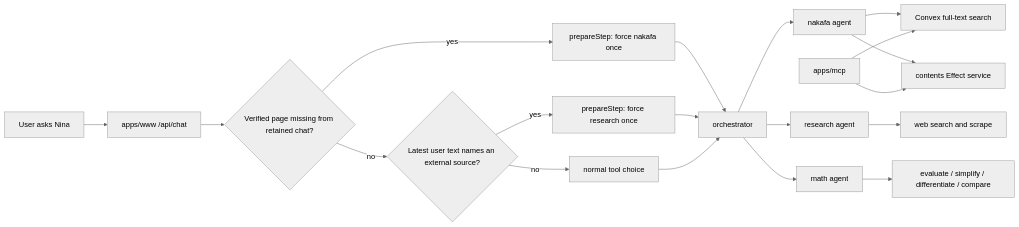
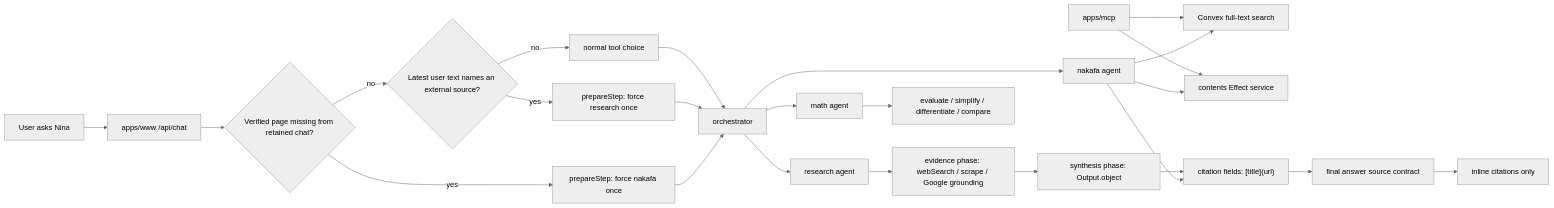
Before and after one commit to nakafaai/nakafa.com: the first of 2 diagrams in packages/ai/agents/docs/architecture.md, drawn with Mermaid (neutral theme). The commit also changed other lines of this file and 81 other files, not shown here.

Commit message:
Refactor AI research citations and search flows

````diff
--- a/packages/ai/agents/docs/architecture.md
+++ b/packages/ai/agents/docs/architecture.md
@@ -9,21 +9,26 @@
 ```mermaid
 flowchart LR
   User["User asks Nina"] --> Route["apps/www /api/chat"]
   Route --> Check{"Verified page missing from retained chat?"}
   Check -- "yes" --> Forced["prepareStep: force nakafa once"]
   Check -- "no" --> Source{"Latest user text names an external source?"}
   Source -- "yes" --> ResearchForced["prepareStep: force research once"]
   Source -- "no" --> Normal["normal tool choice"]
   Forced --> Orchestrator["orchestrator"]
   ResearchForced --> Orchestrator
   Normal --> Orchestrator
   Orchestrator --> Nakafa["nakafa agent"]
   Orchestrator --> Research["research agent"]
   Orchestrator --> Math["math agent"]
   Nakafa --> Search["Convex full-text search"]
   Nakafa --> Content["contents Effect service"]
   Mcp["apps/mcp"] --> Search
   Mcp --> Content
-  Research --> Web["web search and scrape"]
+  Research --> ResearchEvidence["evidence phase: webSearch / scrape / Google grounding"]
+  ResearchEvidence --> ResearchSynthesis["synthesis phase: Output.object"]
   Math --> Evidence["evaluate / simplify / differentiate / compare"]
+  Nakafa --> CitationEvidence["citation fields: [title](url)"]
+  ResearchSynthesis --> CitationEvidence
+  CitationEvidence --> Final["final answer source contract"]
+  Final --> Inline["inline citations only"]
 ```
````
